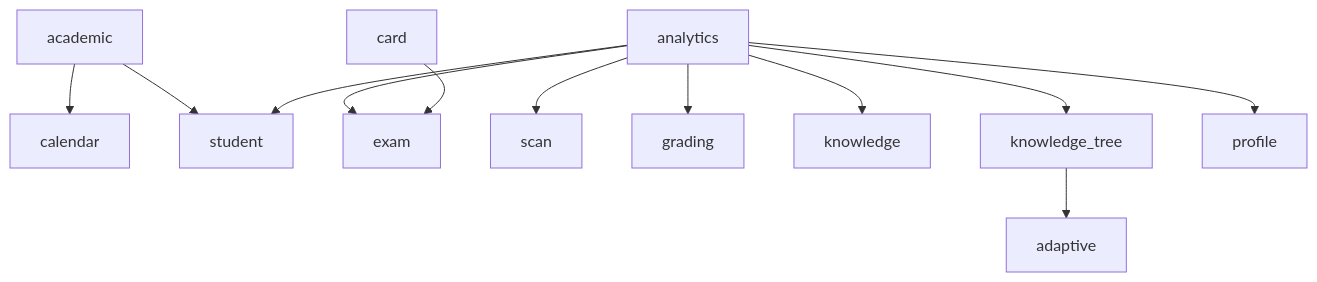
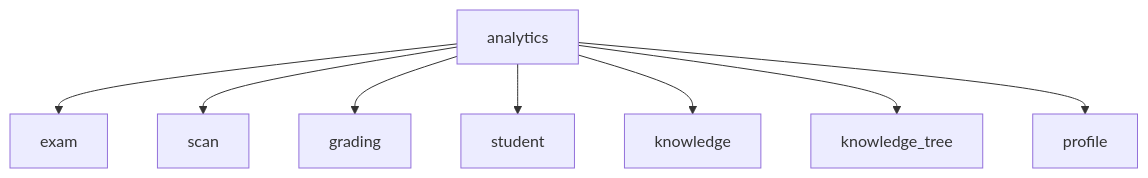
Before and after one commit to juanwan99/edu-cloud: the diagram in docs/governance/dependency-graph.md, drawn with Mermaid. The commit also changed 20 other files, not shown here.

````diff
--- a/docs/governance/dependency-graph.md
+++ b/docs/governance/dependency-graph.md
@@ -5,14 +5,10 @@
 ```mermaid
 flowchart TD
-  academic --> calendar
-  academic --> student
   analytics --> exam
   analytics --> scan
   analytics --> grading
   analytics --> student
   analytics --> knowledge
   analytics --> knowledge_tree
   analytics --> profile
-  card --> exam
-  knowledge_tree --> adaptive
 ```
````
